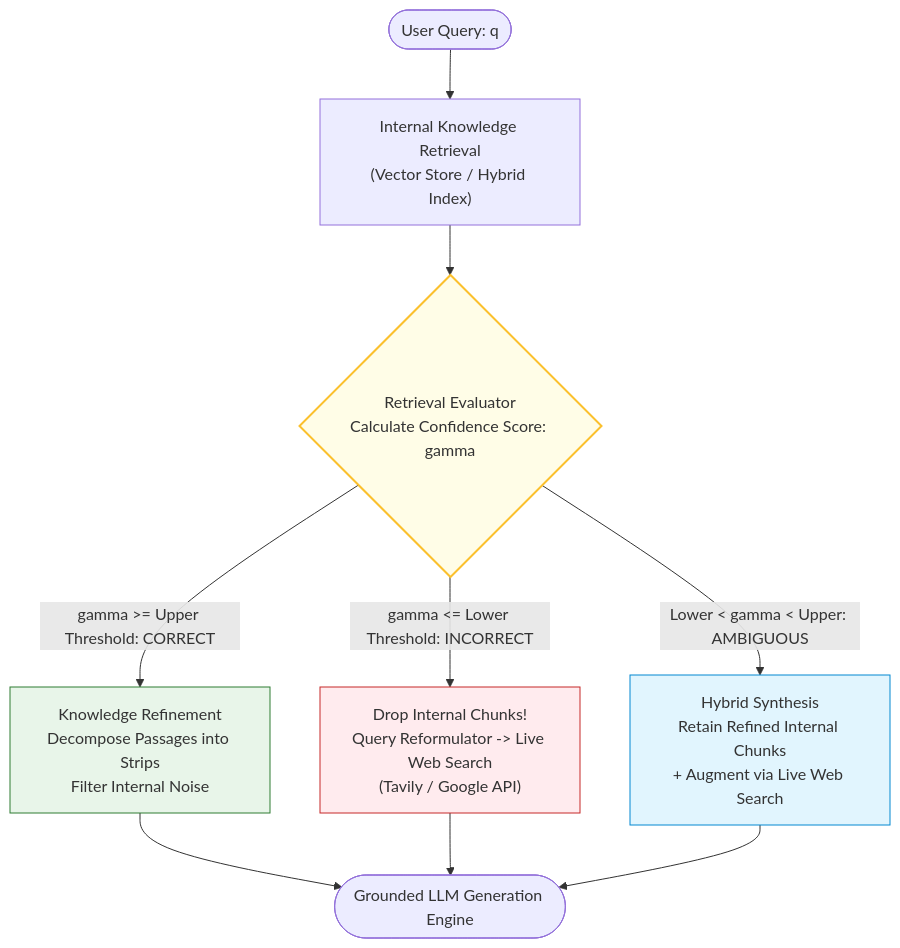
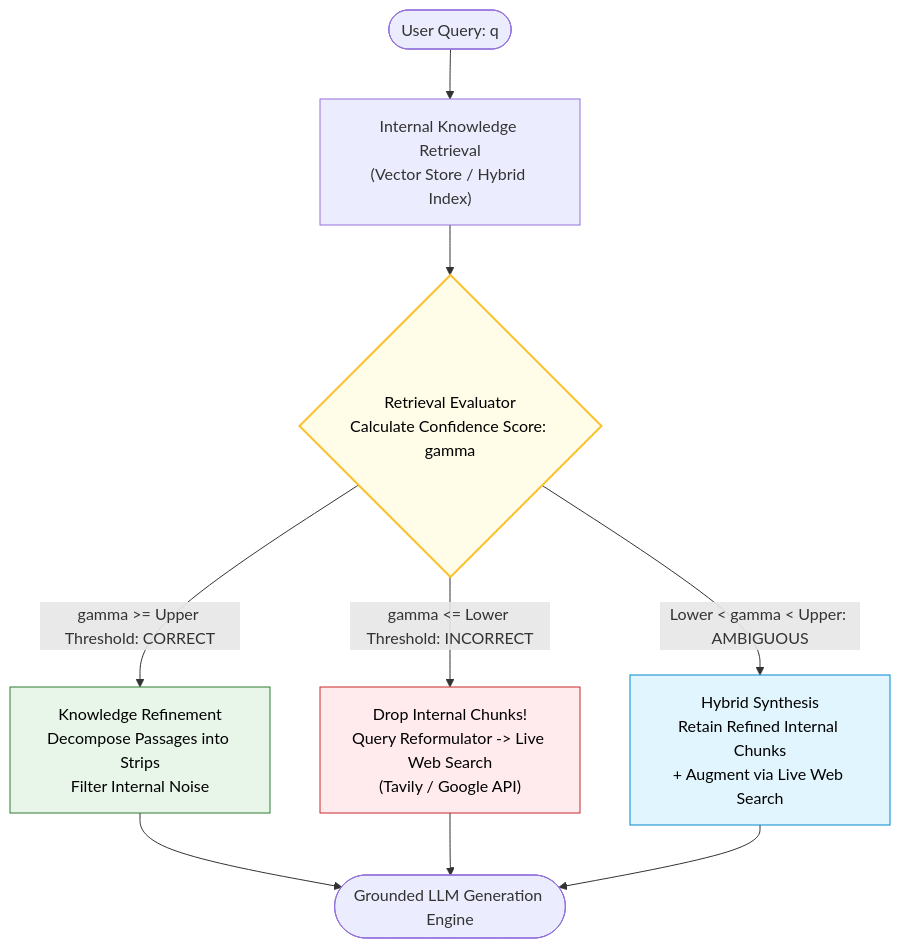
Before and after one commit to swapnil3104/RAG-Engineering: the first of 4 diagrams in 06-Advanced-RAG/Corrective-RAG.md, drawn with Mermaid. The commit also changed other lines of this file and 108 other files, not shown here.

Commit message:
fix: make chart text visible across all Mermaid diagrams and resolve markdown table formatting issues

````diff
--- a/06-Advanced-RAG/Corrective-RAG.md
+++ b/06-Advanced-RAG/Corrective-RAG.md
@@ -28,20 +28,20 @@
 ```mermaid
 flowchart TD
     UserQ([User Query: q]) --> Retrieve["Internal Knowledge Retrieval<br/>(Vector Store / Hybrid Index)"]
     Retrieve --> Eval{"Retrieval Evaluator<br/>Calculate Confidence Score: gamma"}
 
     Eval -->|gamma >= Upper Threshold: CORRECT| Refine["Knowledge Refinement<br/>Decompose Passages into Strips<br/>Filter Internal Noise"]
     
     Eval -->|gamma <= Lower Threshold: INCORRECT| WebFallback["Drop Internal Chunks!<br/>Query Reformulator -> Live Web Search<br/>(Tavily / Google API)"]
 
     Eval -->|Lower < gamma < Upper: AMBIGUOUS| Blend["Hybrid Synthesis<br/>Retain Refined Internal Chunks<br/>+ Augment via Live Web Search"]
 
     Refine --> Gen([Grounded LLM Generation Engine])
     WebFallback --> Gen
     Blend --> Gen
 
-    style Eval fill:#fffde7,stroke:#fbc02d,stroke-width:2px
-    style Refine fill:#e8f5e9,stroke:#2e7d32,stroke-width:1px
-    style WebFallback fill:#ffebee,stroke:#c62828,stroke-width:1px
-    style Blend fill:#e1f5fe,stroke:#0288d1,stroke-width:1px
+    style Eval fill:#fffde7,stroke:#fbc02d,stroke-width:2px,color:#000000
+    style Refine fill:#e8f5e9,stroke:#2e7d32,stroke-width:1px,color:#000000
+    style WebFallback fill:#ffebee,stroke:#c62828,stroke-width:1px,color:#000000
+    style Blend fill:#e1f5fe,stroke:#0288d1,stroke-width:1px,color:#000000
 ```
````
